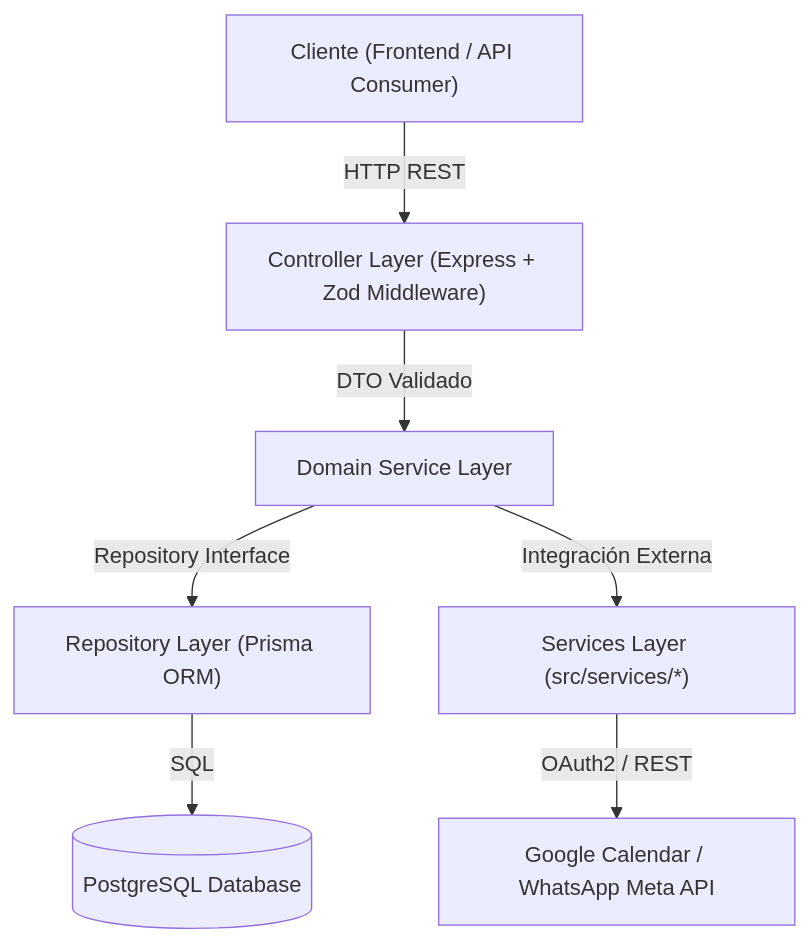
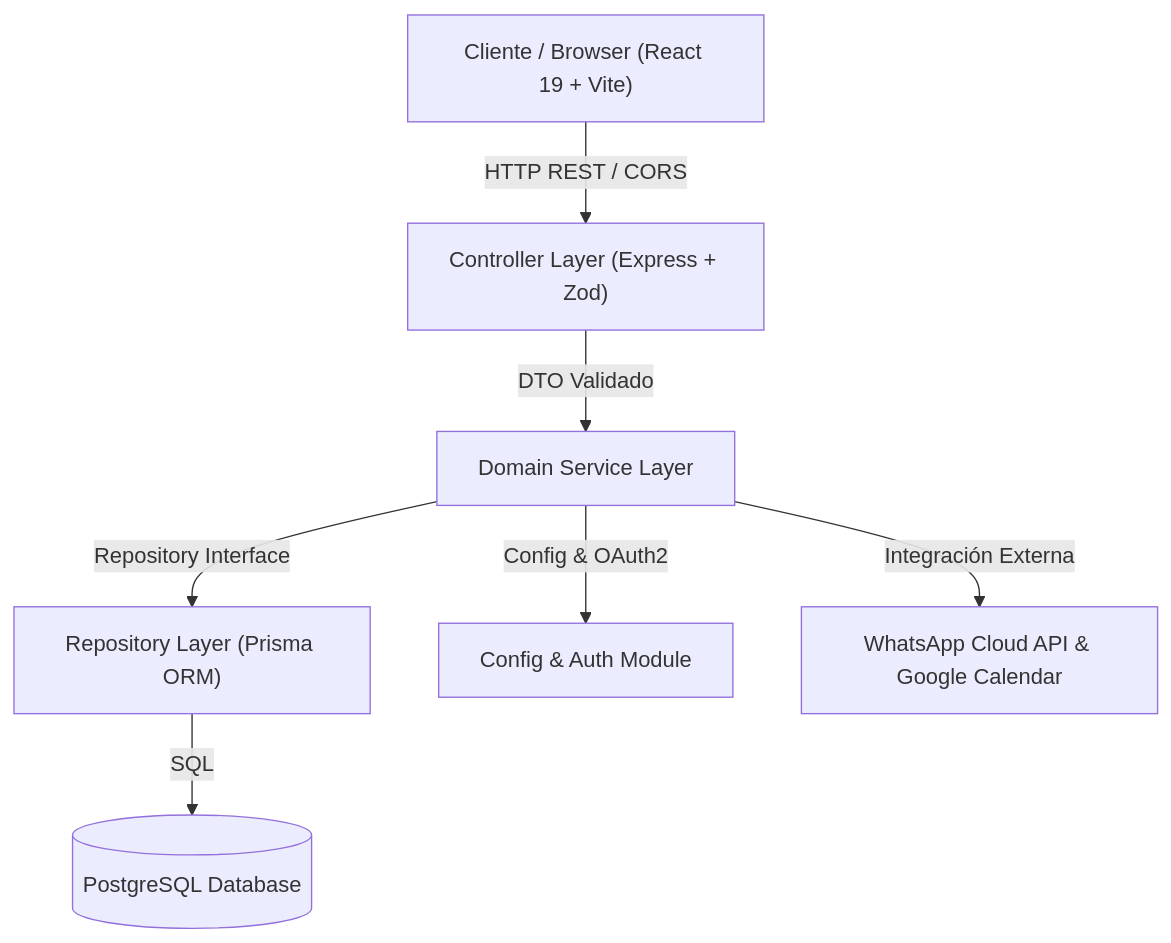
The diagram in README.md (moka-web/Callvu_Agenda), drawn with Mermaid before and after one commit. The commit also changed other lines of this file and 5 other files, not shown here.

Commit message:
docs(readme): document fullstack architecture, credentials management and setup instructions

````diff
--- a/README.md
+++ b/README.md
@@ -16,9 +23,9 @@
 ```mermaid
 graph TD
-    Client["Cliente (Frontend / API Consumer)"] -->|HTTP REST| Controller["Controller Layer (Express + Zod Middleware)"]
+    Client["Cliente / Browser (React 19 + Vite)"] -->|HTTP REST / CORS| Controller["Controller Layer (Express + Zod)"]
     Controller -->|DTO Validado| Service["Domain Service Layer"]
     Service -->|Repository Interface| Repository["Repository Layer (Prisma ORM)"]
-    Service -->|Integración Externa| ExtService["Services Layer (src/services/*)"]
+    Service -->|Config & OAuth2| Config["Config & Auth Module"]
+    Service -->|Integración Externa| ExtServices["WhatsApp Cloud API & Google Calendar"]
     Repository -->|SQL| Database[(PostgreSQL Database)]
-    ExtService -->|OAuth2 / REST| External["Google Calendar / WhatsApp Meta API"]
 ```
````
